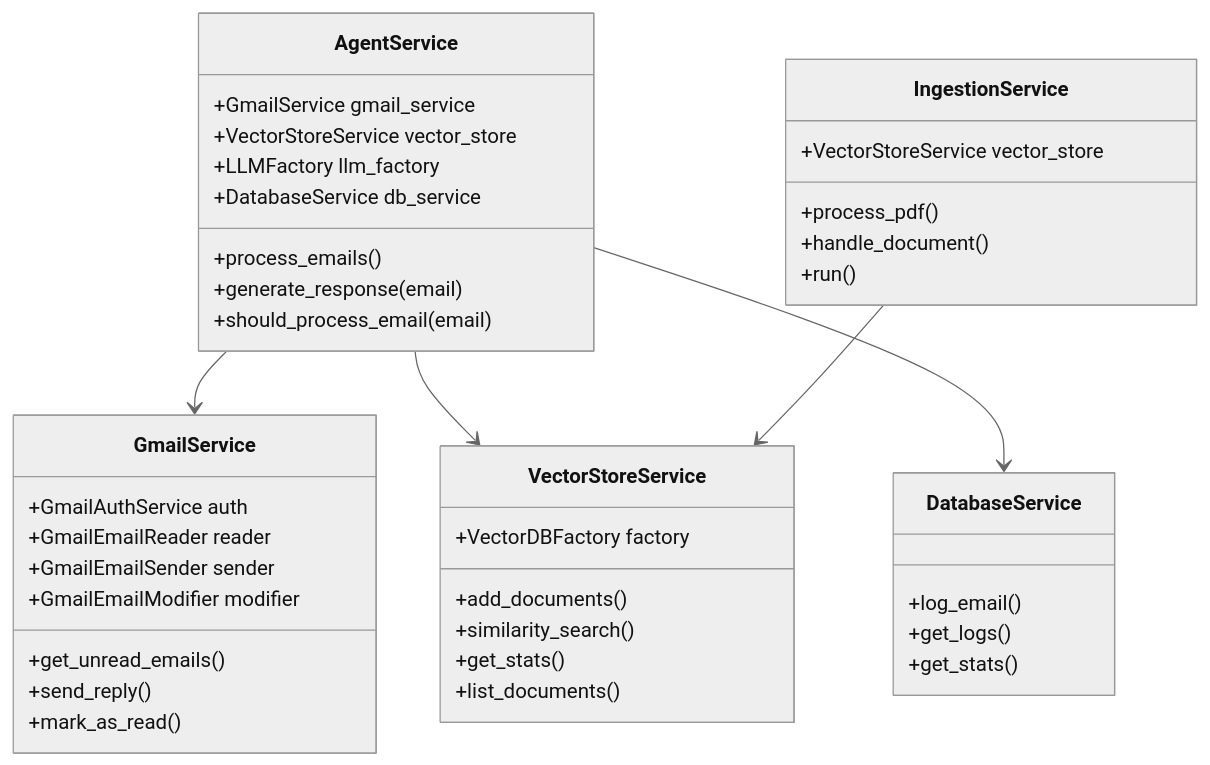
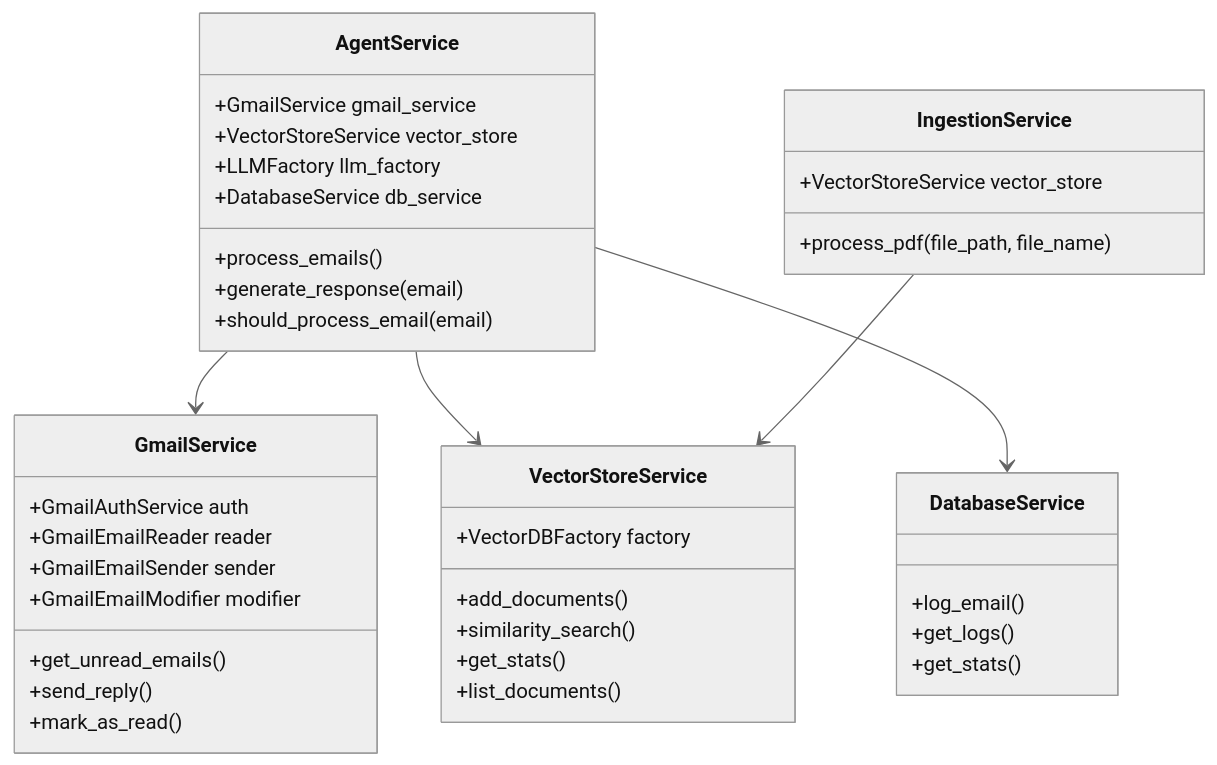
Before and after one commit to NayaneshGupte/RAG-Demo: the second of 7 diagrams in docs/architecture/HIGH_LEVEL_DESIGN.md, drawn with Mermaid (neutral theme). The commit also changed other lines of this file and 9 other files, not shown here.

````diff
--- a/docs/architecture/HIGH_LEVEL_DESIGN.md
+++ b/docs/architecture/HIGH_LEVEL_DESIGN.md
@@ -101,48 +108,46 @@
 ```mermaid
 classDiagram
     class AgentService {
         +GmailService gmail_service
         +VectorStoreService vector_store
         +LLMFactory llm_factory
         +DatabaseService db_service
         +process_emails()
         +generate_response(email)
         +should_process_email(email)
     }
     
     class GmailService {
         +GmailAuthService auth
         +GmailEmailReader reader
         +GmailEmailSender sender
         +GmailEmailModifier modifier
         +get_unread_emails()
         +send_reply()
         +mark_as_read()
     }
     
     class VectorStoreService {
         +VectorDBFactory factory
         +add_documents()
         +similarity_search()
         +get_stats()
         +list_documents()
     }
     
     class IngestionService {
         +VectorStoreService vector_store
-        +process_pdf()
-        +handle_document()
-        +run()
+        +process_pdf(file_path, file_name)
     }
     
     class DatabaseService {
         +log_email()
         +get_logs()
         +get_stats()
     }
     
     AgentService --> GmailService
     AgentService --> VectorStoreService
     AgentService --> DatabaseService
     IngestionService --> VectorStoreService
 ```
````
